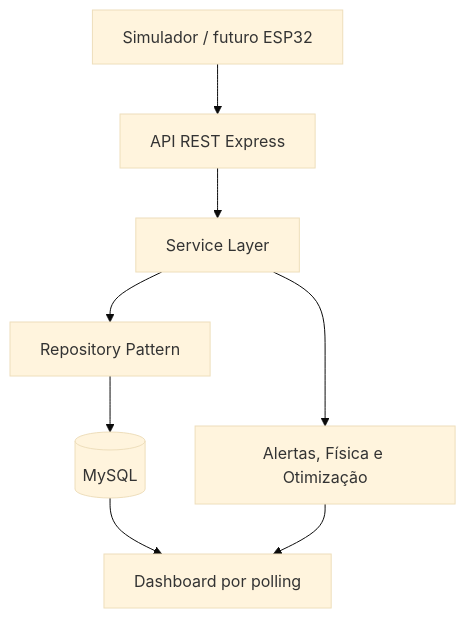
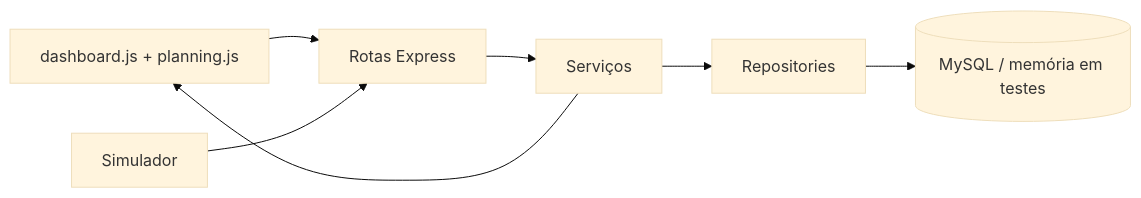
One commit to sandrozdb/lifebox-smart-organ-transport changed the diagram in docs/architecture.md. Above: the diagram before and after it, drawn with Mermaid (base theme). The commit also changed other lines of this file and 82 other files, not shown here.

````diff
--- a/docs/architecture.md
+++ b/docs/architecture.md
@@ -48,10 +5,9 @@
 ```mermaid
-flowchart TD
-  Device[Simulador / futuro ESP32] --> API[API REST Express]
-  API --> Services[Service Layer]
-  Services --> Rules[Alertas, Física e Otimização]
-  Services --> Repositories[Repository Pattern]
-  Repositories --> MySQL[(MySQL)]
-  MySQL --> Dashboard[Dashboard por polling]
-  Rules --> Dashboard
+flowchart LR
+  UI[dashboard.js + planning.js] --> API[Rotas Express]
+  API --> S[Serviços]
+  S --> R[Repositories]
+  R --> DB[(MySQL / memória em testes)]
+  SIM[Simulador] --> API
+  S --> UI
 ```
````
